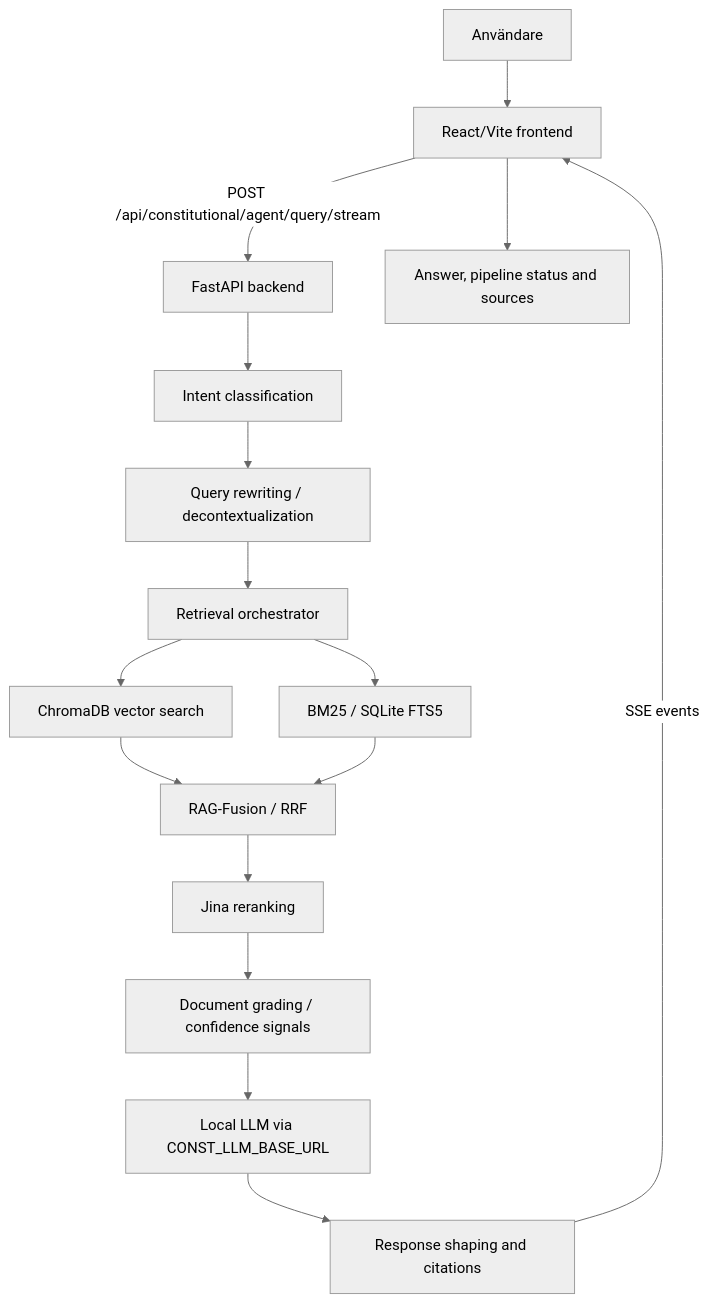
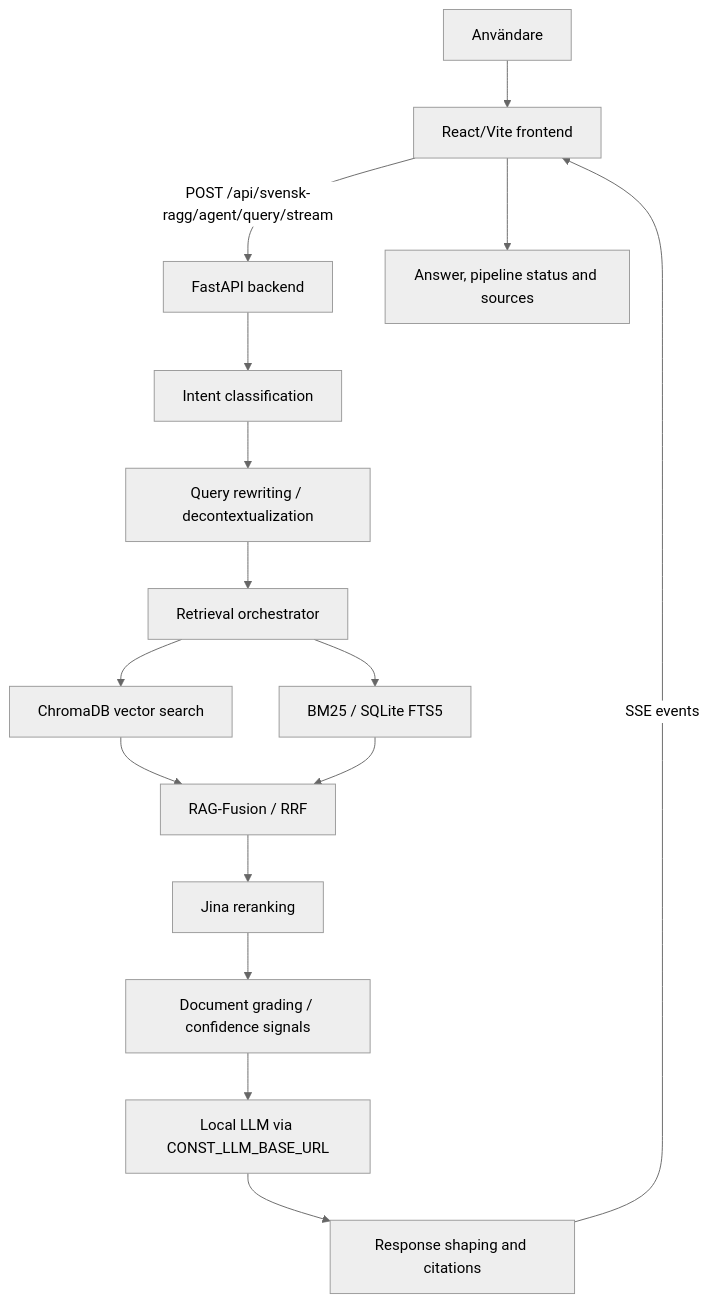
Before and after one commit to itsimonfredlingjack/rag-project: the diagram in README.md, drawn with Mermaid (neutral theme). The commit also changed other lines of this file and 232 other files, not shown here.

First line of the commit message:
feat(public-demo): harden svensk ragg public runtime

````diff
--- a/README.md
+++ b/README.md
@@ -68,20 +68,20 @@
 ```mermaid
 graph TD
     A["Användare"] --> B["React/Vite frontend"]
-    B -->|"POST /api/constitutional/agent/query/stream"| C["FastAPI backend"]
+    B -->|"POST /api/svensk-ragg/agent/query/stream"| C["FastAPI backend"]
 
     C --> D["Intent classification"]
     D --> E["Query rewriting / decontextualization"]
     E --> F["Retrieval orchestrator"]
 
     F --> G["ChromaDB vector search"]
     F --> H["BM25 / SQLite FTS5"]
     G --> I["RAG-Fusion / RRF"]
     H --> I
     I --> J["Jina reranking"]
     J --> K["Document grading / confidence signals"]
     K --> L["Local LLM via CONST_LLM_BASE_URL"]
     L --> M["Response shaping and citations"]
     M -->|"SSE events"| B
     B --> N["Answer, pipeline status and sources"]
 ```
````
